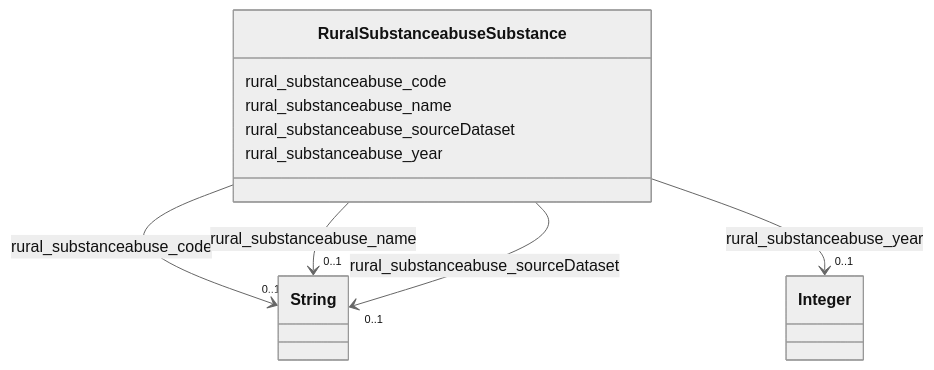
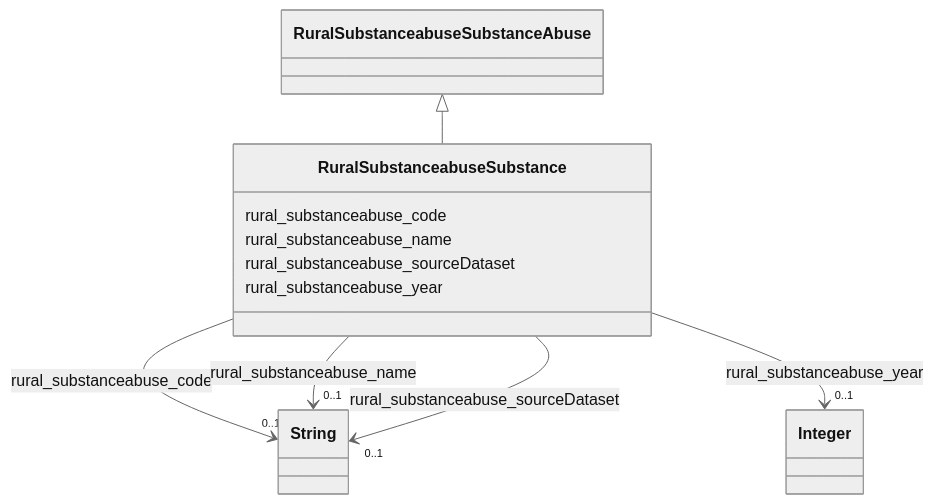
The diagram in rural-kg/classes/RuralSubstanceabuseSubstance.md (frink-okn/graph-descriptions), drawn with Mermaid (neutral theme) before and after one commit. The commit also changed other lines of this file and 51 other files, not shown here.

Commit message:
read metadata about rural-kg classes from graph itself

````diff
--- a/rural-kg/classes/RuralSubstanceabuseSubstance.md
+++ b/rural-kg/classes/RuralSubstanceabuseSubstance.md
@@ -19,42 +19,45 @@
 ```mermaid
  classDiagram
     class RuralSubstanceabuseSubstance
     click RuralSubstanceabuseSubstance href "../RuralSubstanceabuseSubstance"
+      RuralSubstanceabuseSubstanceAbuse <|-- RuralSubstanceabuseSubstance
+        click RuralSubstanceabuseSubstanceAbuse href "../RuralSubstanceabuseSubstanceAbuse"
+      
       RuralSubstanceabuseSubstance : rural_substanceabuse_code
         
           
     
     
     RuralSubstanceabuseSubstance --> "0..1" String : rural_substanceabuse_code
     click String href "../String"
 
         
       RuralSubstanceabuseSubstance : rural_substanceabuse_name
         
           
     
     
     RuralSubstanceabuseSubstance --> "0..1" String : rural_substanceabuse_name
     click String href "../String"
 
         
       RuralSubstanceabuseSubstance : rural_substanceabuse_sourceDataset
         
           
     
     
     RuralSubstanceabuseSubstance --> "0..1" String : rural_substanceabuse_sourceDataset
     click String href "../String"
 
         
       RuralSubstanceabuseSubstance : rural_substanceabuse_year
         
           
     
     
     RuralSubstanceabuseSubstance --> "0..1" Integer : rural_substanceabuse_year
     click Integer href "../Integer"
 
         
       
 ```
````
